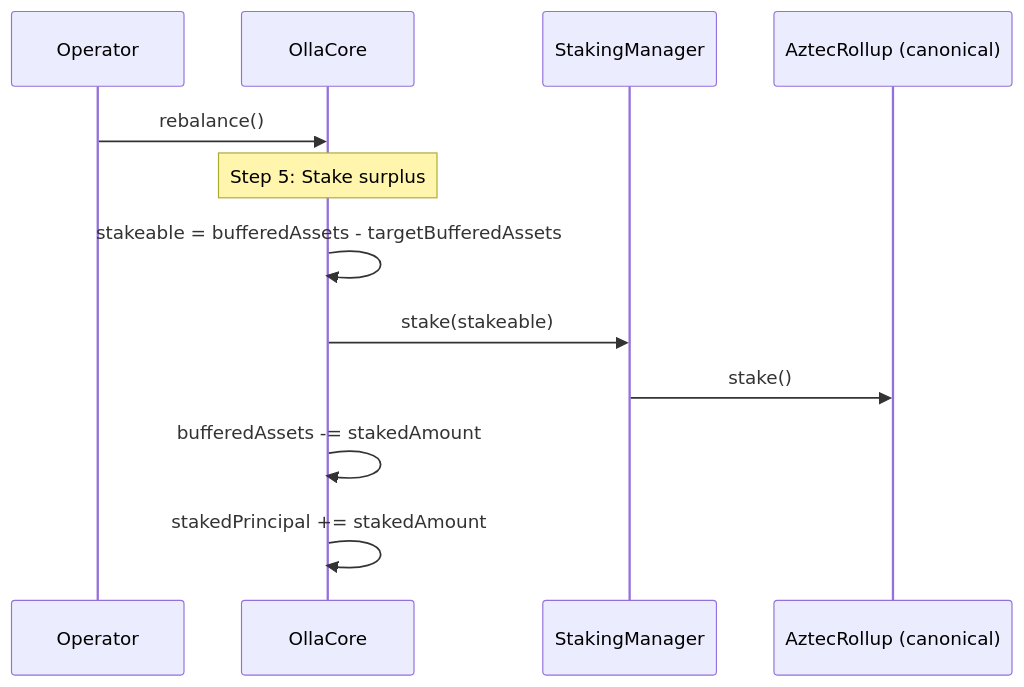
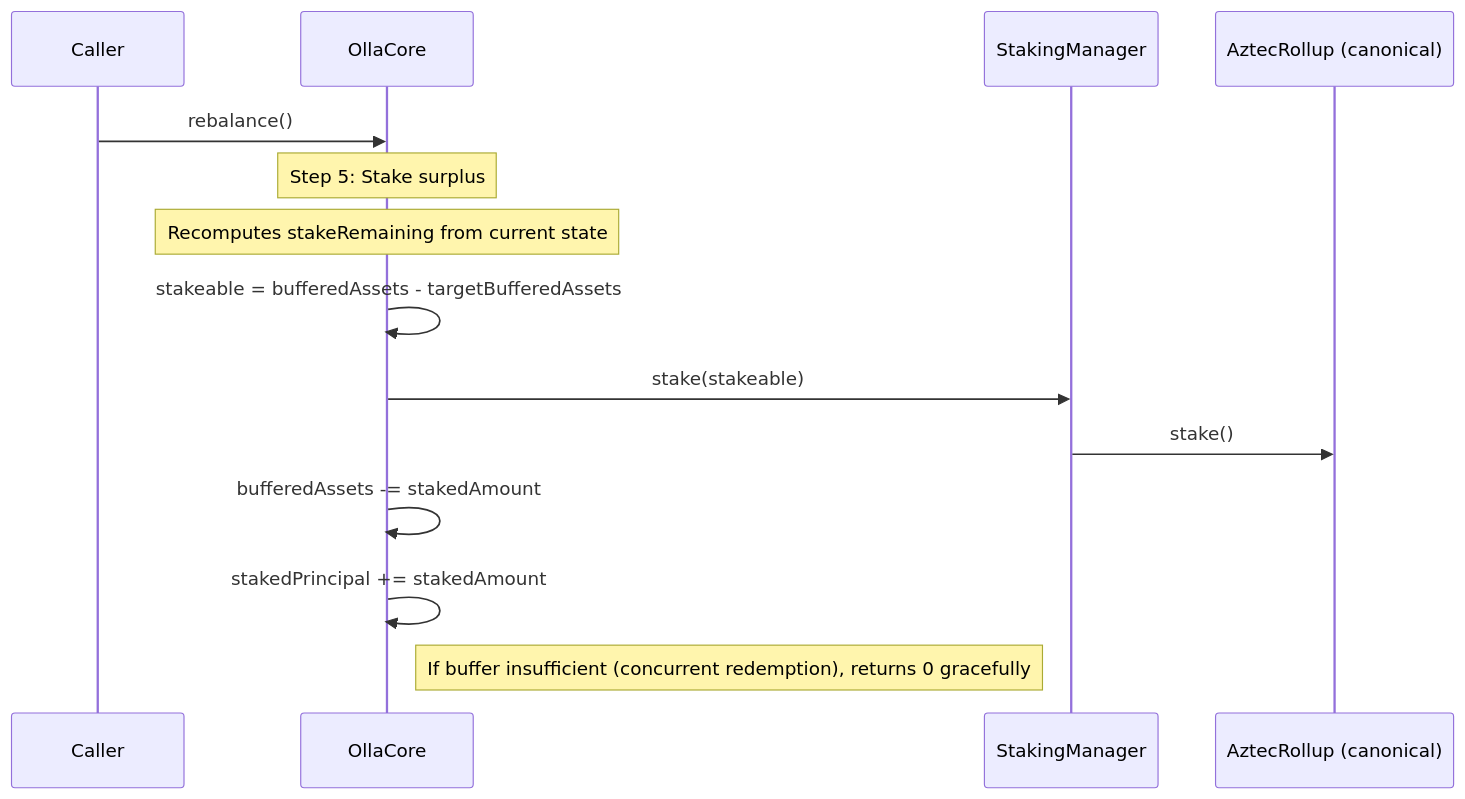
One commit to ollafinance/core changed the sixth of 9 diagrams in docs/operator-actions.md. Above: the diagram before and after it, drawn with Mermaid. The commit also changed other lines of this file and 54 other files, not shown here.

````diff
--- a/docs/operator-actions.md
+++ b/docs/operator-actions.md
@@ -100,15 +119,17 @@
 ```mermaid
 sequenceDiagram
-    participant OP as Operator
+    participant A as Caller
     participant C as OllaCore
     participant SM as StakingManager
     participant AR as AztecRollup (canonical)
 
-    OP->>C: rebalance()
+    A->>C: rebalance()
     Note over C: Step 5: Stake surplus
+    Note over C: Recomputes stakeRemaining from current state
     C->>C: stakeable = bufferedAssets - targetBufferedAssets
     C->>SM: stake(stakeable)
     SM->>AR: stake()
     C->>C: bufferedAssets -= stakedAmount
     C->>C: stakedPrincipal += stakedAmount
+    Note right of C: If buffer insufficient (concurrent redemption), returns 0 gracefully
 ```
````
